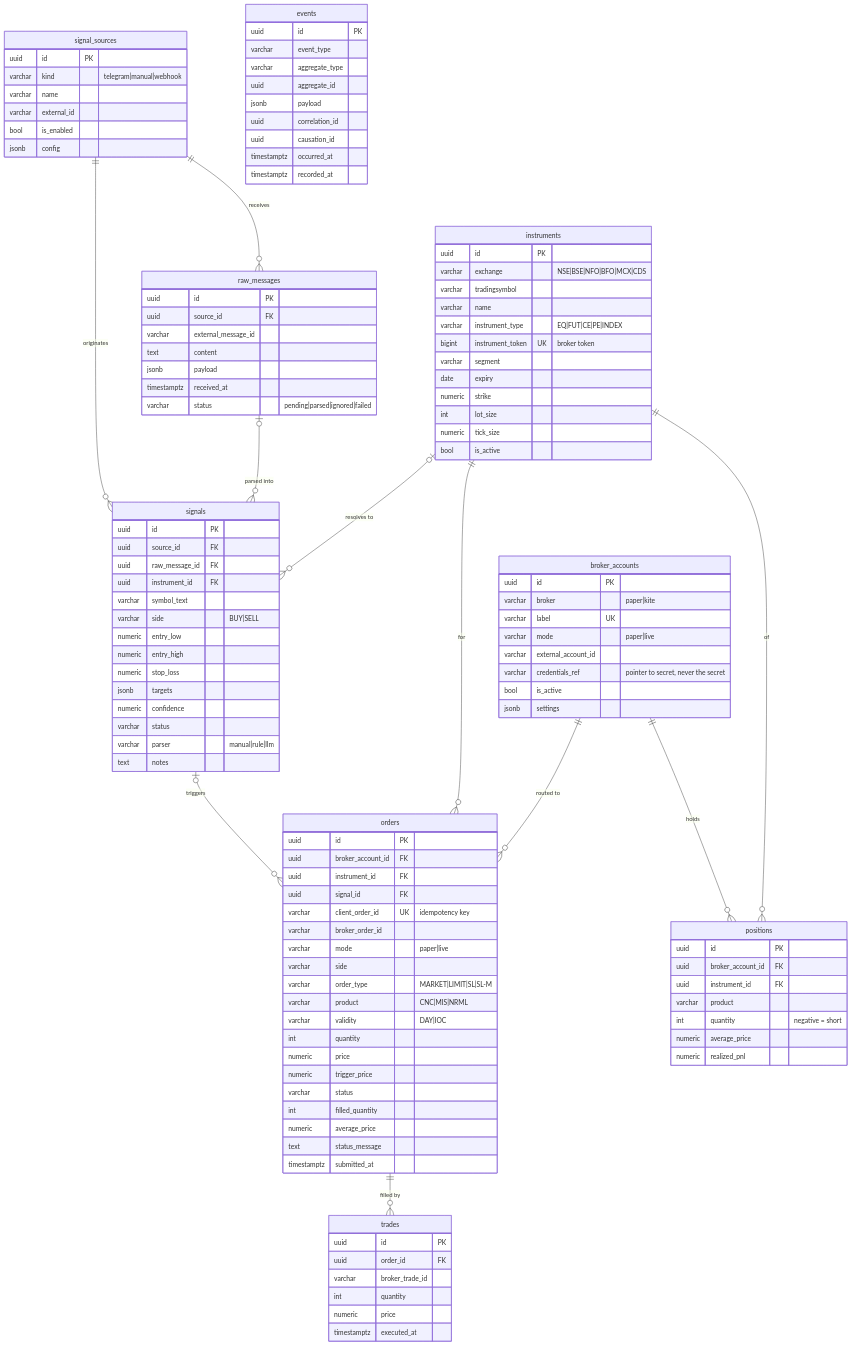
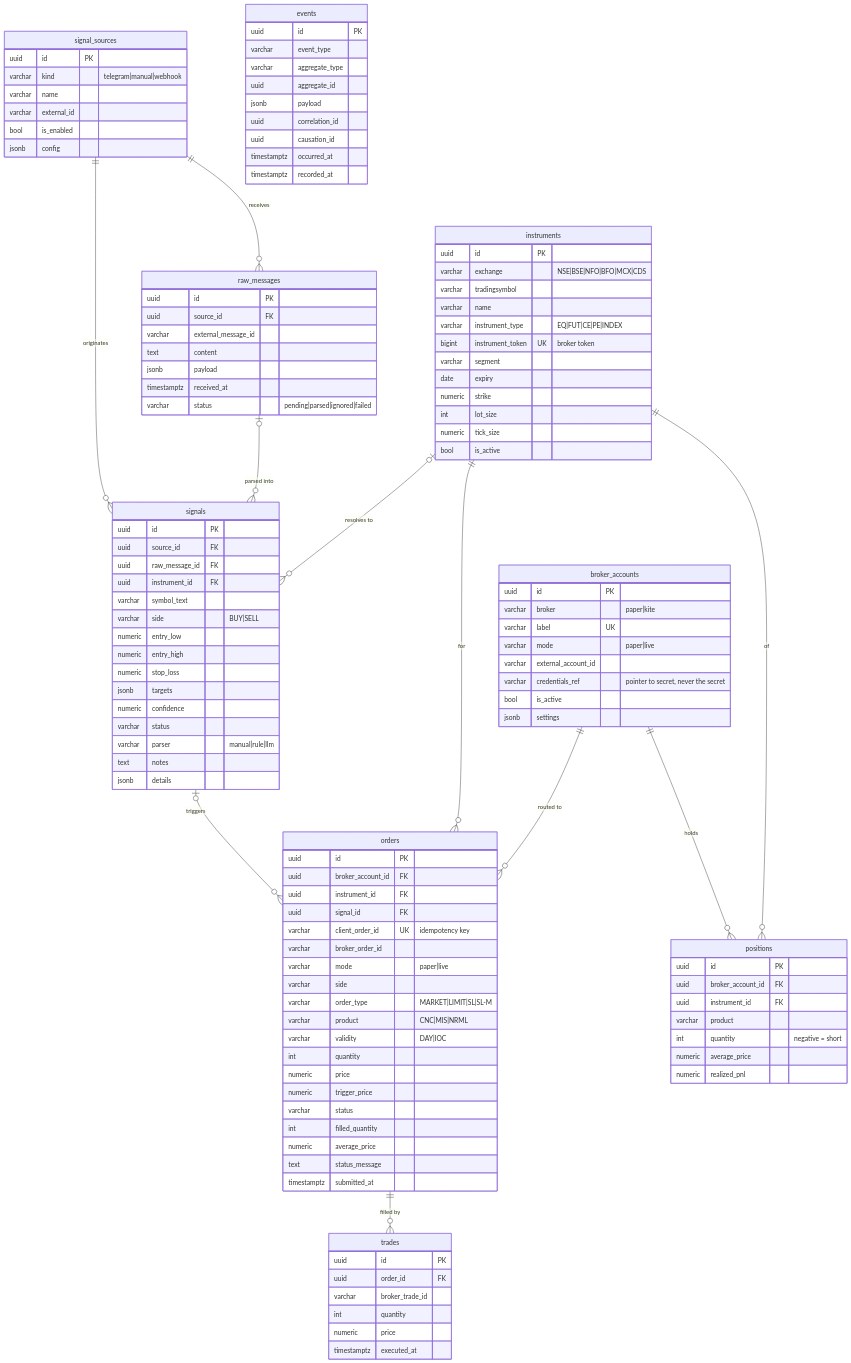
The diagram in docs/database.md (krishnahatele/PaperTrade), drawn with Mermaid before and after one commit. The commit also changed other lines of this file and 37 other files, not shown here.

```diff
--- a/docs/database.md
+++ b/docs/database.md
@@ -88,6 +89,7 @@
         varchar status
         varchar parser "manual|rule|llm"
         text notes
+        jsonb details
     }
     orders {
         uuid id PK
```
